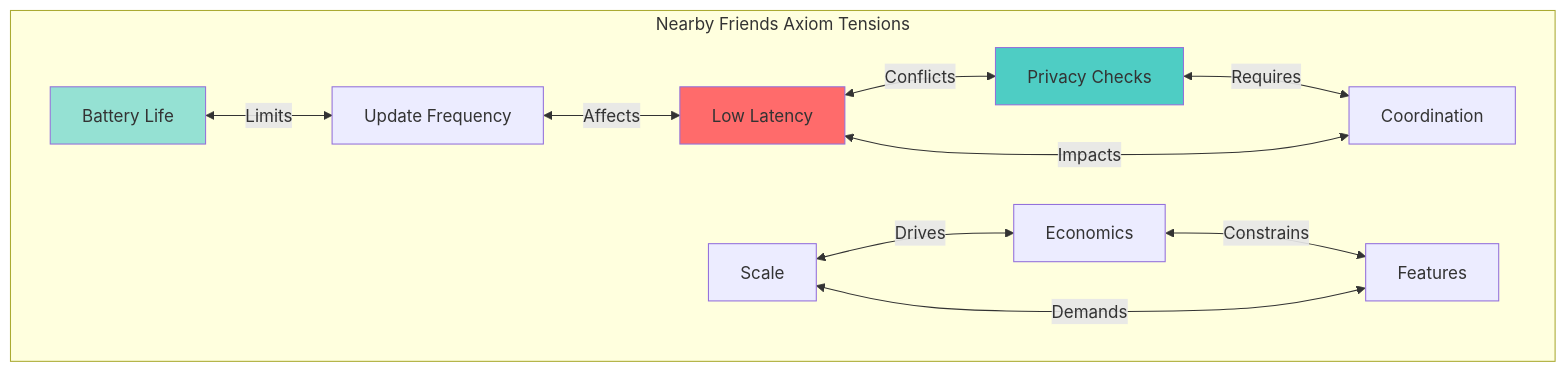
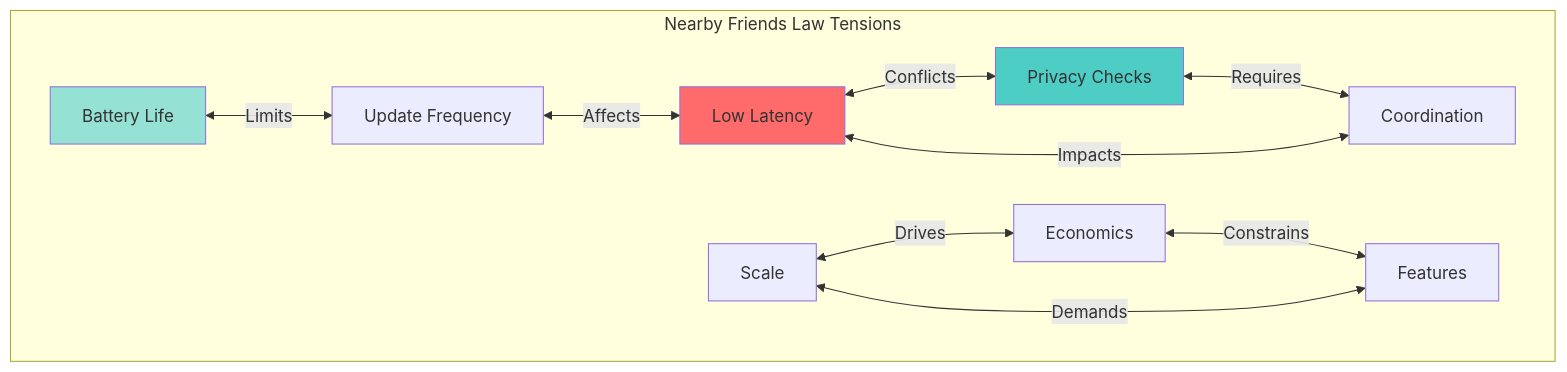
Before and after one commit to deepaucksharma/DStudio: diagram 13 of 26 in docs/case-studies/nearby-friends.md, drawn with Mermaid. The commit also changed other lines of this file and 470 other files, not shown here.

````diff
--- a/docs/case-studies/nearby-friends.md
+++ b/docs/case-studies/nearby-friends.md
@@ -396,19 +396,19 @@
 ```mermaid
 graph TB
-    subgraph "Nearby Friends Axiom Tensions"
+    subgraph "Nearby Friends Law Tensions"
         L[Low Latency] <-->|Conflicts| P[Privacy Checks]
         P <-->|Requires| C[Coordination]
         C <-->|Impacts| L
         
         B[Battery Life] <-->|Limits| U[Update Frequency]
         U <-->|Affects| L
         
         S[Scale] <-->|Drives| E[Economics]
         E <-->|Constrains| F[Features]
         F <-->|Demands| S
         
         style L fill:#ff6b6b
         style P fill:#4ecdc4
         style B fill:#95e1d3
     end
 ```
````
